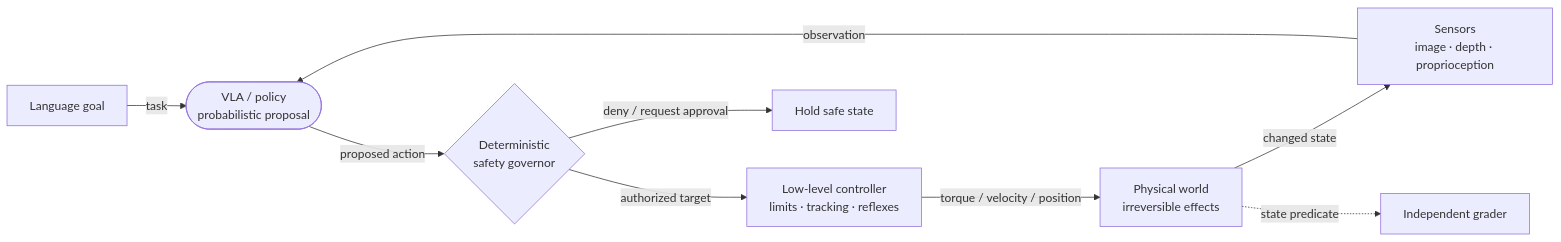
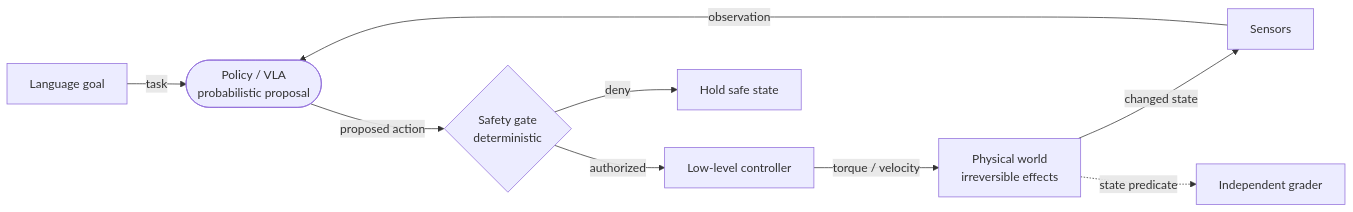
One commit to omkarsarde/agentic-engineering changed the first of 3 diagrams in chapters/31-world-models-vla-embodied.qmd. Above: the diagram before and after it, drawn with Mermaid. The commit also changed other lines of this file and 2 other files, not shown here.

Commit message:
Redo ch31: 31-world-models-vla-embodied to d2l style (parallel wave 3)

````diff
--- a/chapters/31-world-models-vla-embodied.qmd
+++ b/chapters/31-world-models-vla-embodied.qmd
@@ -62,14 +27,15 @@
 ```{mermaid}
+%%| echo: false
 %%| label: fig-ch31-loop
-%%| fig-cap: "What changes when an agent action moves mass? The policy proposes; deterministic software and the low-level controller retain authority across the actuation boundary."
-%%| fig-alt: "A language goal and sensor observations enter a probabilistic policy. Its proposed action passes through a deterministic safety governor and low-level controller before reaching the physical world. The changed world returns sensor observations and an independent final-state grader reads simulator or environment state."
+%%| fig-cap: "What changes when an agent's action moves mass? The policy only *proposes*; deterministic software and a low-level controller keep authority across the actuation boundary, and an independent grader reads the resulting state."
+%%| fig-alt: "A language goal and sensor observations feed a probabilistic policy. Its proposed action passes through a deterministic safety gate and a low-level controller before reaching the physical world. The changed world returns observations to the policy, and separately a grader reads environment state."
 flowchart LR
-    GOAL["Language goal"] -->|task| POLICY(["VLA / policy<br/>probabilistic proposal"])
-    SENSOR["Sensors<br/>image · depth · proprioception"] -->|observation| POLICY
-    POLICY -->|proposed action| GATE{"Deterministic<br/>safety governor"}
-    GATE -->|authorized target| CTRL["Low-level controller<br/>limits · tracking · reflexes"]
-    GATE -->|deny / request approval| STOP["Hold safe state"]
-    CTRL -->|torque / velocity / position| WORLD["Physical world<br/>irreversible effects"]
+    GOAL["Language goal"] -->|task| POLICY(["Policy / VLA<br/>probabilistic proposal"])
+    SENSOR["Sensors"] -->|observation| POLICY
+    POLICY -->|proposed action| GATE{"Safety gate<br/>deterministic"}
+    GATE -->|authorized| CTRL["Low-level controller"]
+    GATE -->|deny| STOP["Hold safe state"]
+    CTRL -->|torque / velocity| WORLD["Physical world<br/>irreversible effects"]
     WORLD -->|changed state| SENSOR
     WORLD -.->|state predicate| GRADE["Independent grader"]
 ```
````
